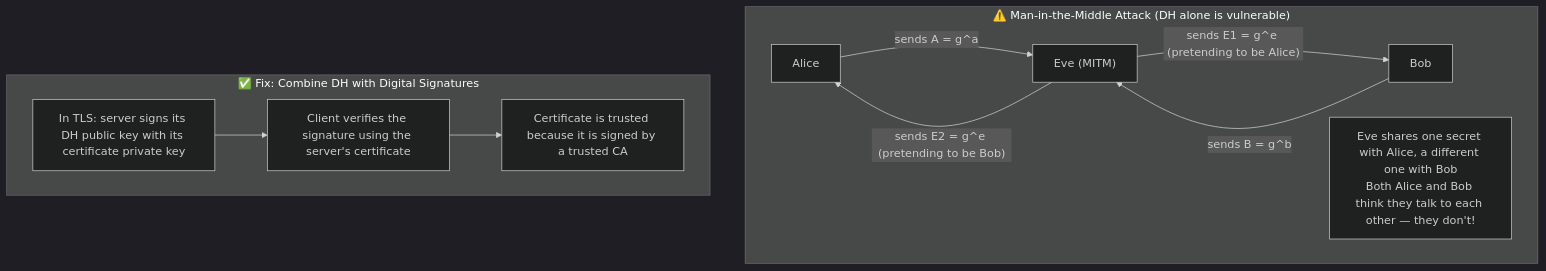
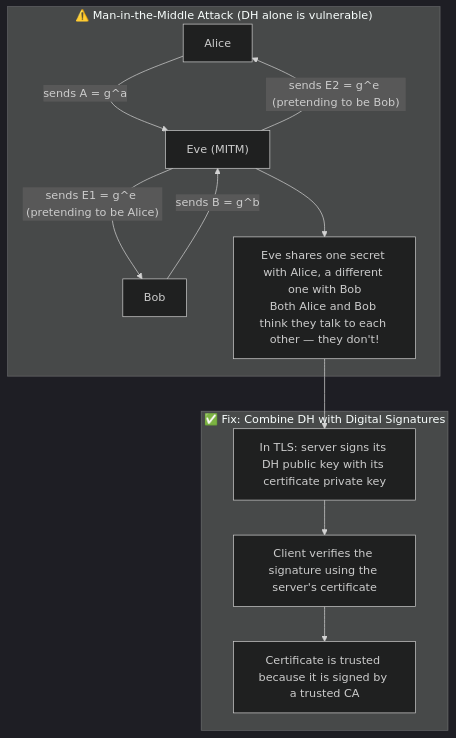
Before and after one commit to csoares/SecurityJava: the third of 5 diagrams in src/main/java/security/keyexchange/README.md, drawn with Mermaid (dark theme). The commit also changed other lines of this file and 8 other files, not shown here.

Commit message:
Enhance README with additional flowchart connections and clarifications for cryptographic concepts

````diff
--- a/src/main/java/security/keyexchange/README.md
+++ b/src/main/java/security/keyexchange/README.md
@@ -59,20 +59,22 @@
 ```mermaid
 flowchart TD
     subgraph MITM ["⚠️ Man-in-the-Middle Attack (DH alone is vulnerable)"]
         ALICE["Alice"]
         EVE["Eve (MITM)"]
         BOB["Bob"]
         ALICE -->|"sends A = g^a"| EVE
         EVE -->|"sends E1 = g^e (pretending to be Alice)"| BOB
         BOB -->|"sends B = g^b"| EVE
         EVE -->|"sends E2 = g^e (pretending to be Bob)"| ALICE
-        NOTE["Eve shares one secret with Alice, a different one with Bob<br/>Both Alice and Bob think they talk to each other — they don't!"]
+        EVE --> NOTE["Eve shares one secret with Alice, a different one with Bob<br/>Both Alice and Bob think they talk to each other — they don't!"]
     end
 
     subgraph Fix ["✅ Fix: Combine DH with Digital Signatures"]
         F1["In TLS: server signs its DH public key with its certificate private key"]
         F2["Client verifies the signature using the server's certificate"]
         F3["Certificate is trusted because it is signed by a trusted CA"]
         F1 --> F2 --> F3
     end
+
+    NOTE --> F1
 ```
````
